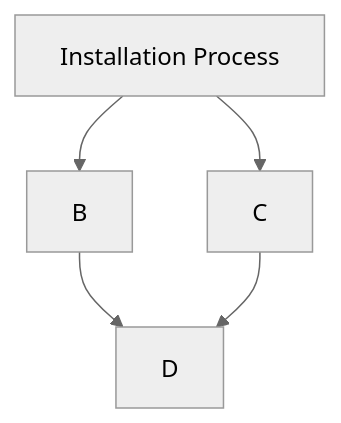
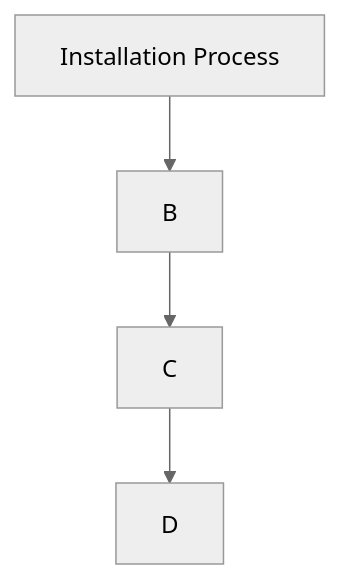
The second of 2 diagrams in README.md (StanislavOdnorog/NvChadMacStupidInstaller), drawn with Mermaid (neutral theme) before and after one commit. The commit also changed other lines of this file, not shown here.

````diff
--- a/README.md
+++ b/README.md
@@ -28,7 +28,6 @@
 ```mermaid
 graph TD;
     A[Installation Process]-->B;
-    A-->C;
-    B-->D;
+    B-->C;
     C-->D;
 ```
````
